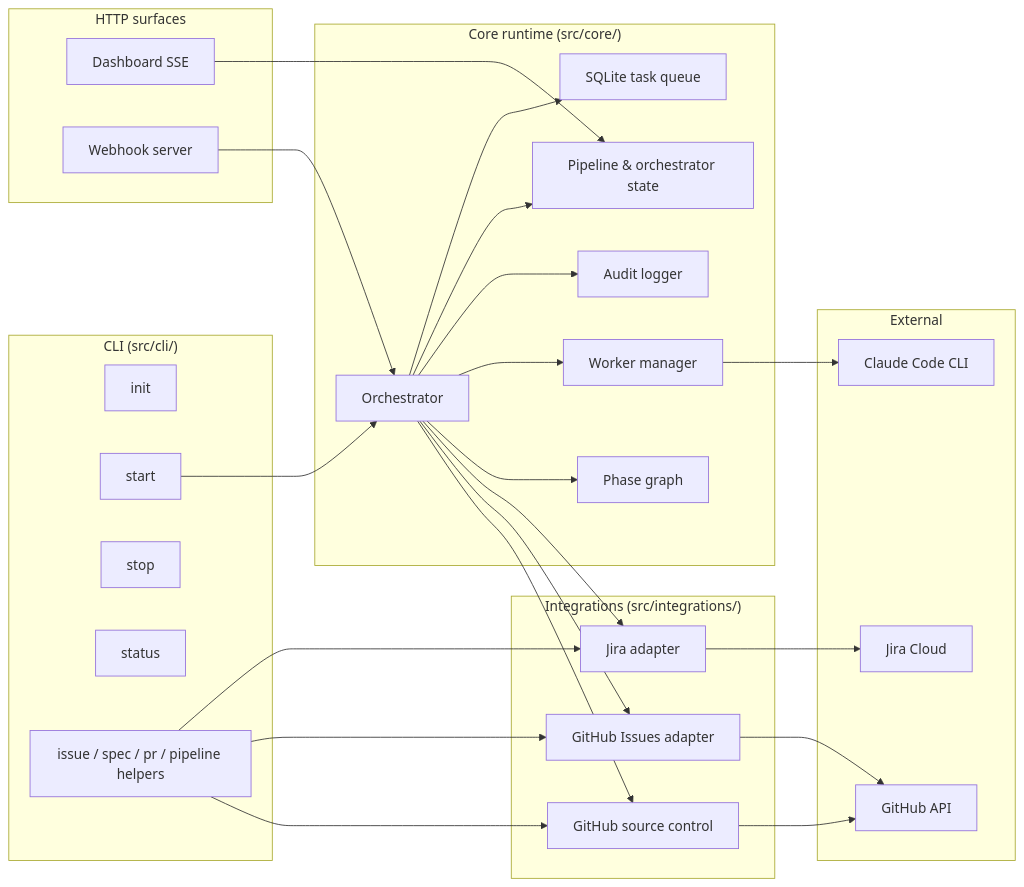
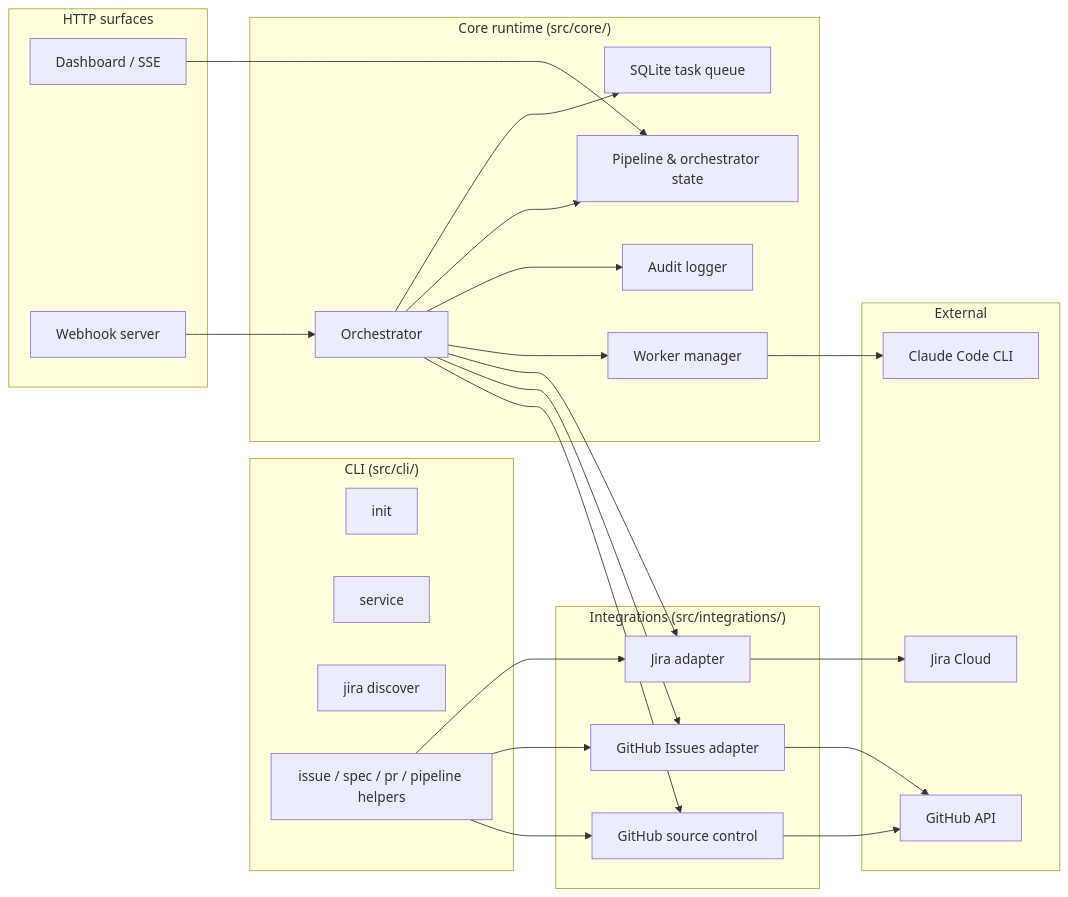
One commit to odyth/red-queen changed the diagram in README.md. Above: the diagram before and after it, drawn with Mermaid. The commit also changed other lines of this file and 2 other files, not shown here.

First line of the commit message:
docs: rewrite README for Jira + service + dashboard; bump to 0.3.0

````diff
--- a/README.md
+++ b/README.md
@@ -335,55 +182,51 @@
 ```mermaid
 flowchart LR
   subgraph cli["CLI (src/cli/)"]
     init[init]
-    start[start]
-    stop[stop]
-    status[status]
+    service[service]
+    jira[jira discover]
     helpers["issue / spec / pr / pipeline helpers"]
   end
 
   subgraph core["Core runtime (src/core/)"]
     orchestrator[Orchestrator]
     queue[SQLite task queue]
     stateStore[Pipeline & orchestrator state]
     audit[Audit logger]
     worker[Worker manager]
-    phaseGraph[Phase graph]
   end
 
   subgraph integrations["Integrations (src/integrations/)"]
-    jira[Jira adapter]
+    jiraAdapter[Jira adapter]
     ghIssues[GitHub Issues adapter]
     ghSC[GitHub source control]
   end
 
   subgraph edges["HTTP surfaces"]
-    dashboard[Dashboard SSE]
+    dashboard[Dashboard / SSE]
     webhook[Webhook server]
   end
 
   subgraph ext["External"]
     claude[Claude Code CLI]
     jiraApi[Jira Cloud]
     ghApi[GitHub API]
   end
 
-  start --> orchestrator
   orchestrator --> queue
   orchestrator --> stateStore
   orchestrator --> audit
   orchestrator --> worker
-  orchestrator --> phaseGraph
-  orchestrator --> jira
+  orchestrator --> jiraAdapter
   orchestrator --> ghIssues
   orchestrator --> ghSC
   worker --> claude
-  jira --> jiraApi
+  jiraAdapter --> jiraApi
   ghIssues --> ghApi
   ghSC --> ghApi
   dashboard --> stateStore
   webhook --> orchestrator
-  helpers --> jira
+  helpers --> jiraAdapter
   helpers --> ghIssues
   helpers --> ghSC
 ```
````
